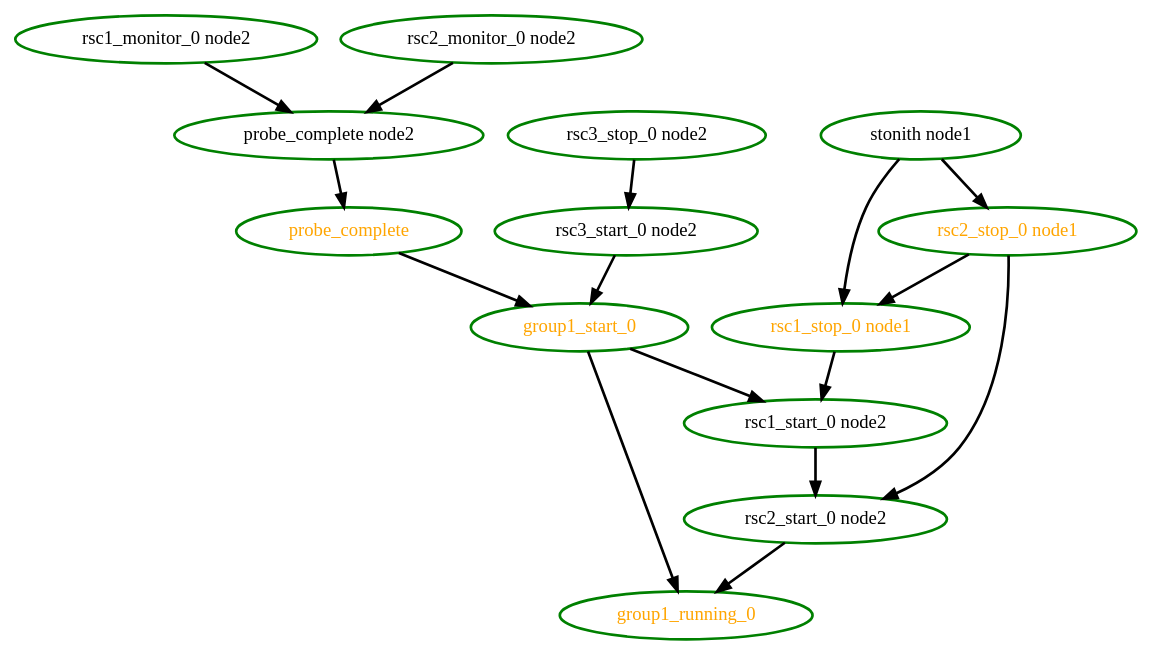
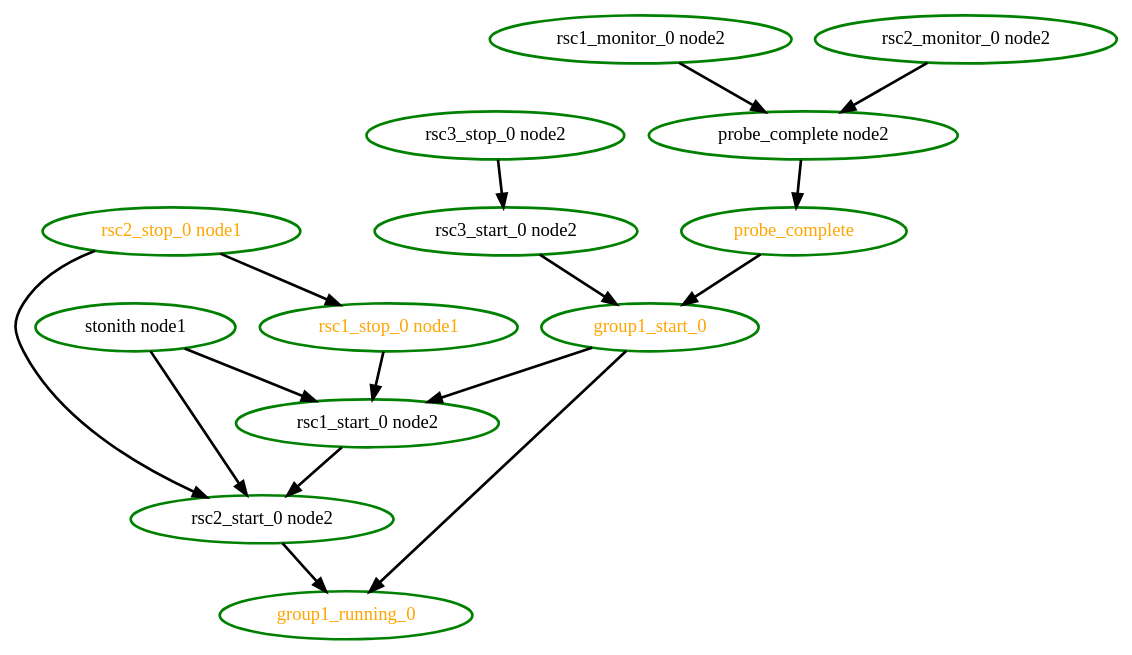
Before and after one commit to richiewen8/heartbeat: the diagram in crm/pengine/testcases/rec-node-11.dot, drawn with Graphviz. The commit also changed 19 other files, not shown here.

First line of the commit message:
STONITH events need to inputs to start events (not stops) Making them inputs to stops leaves us open to graph loops when resources   with "stop before" ordering dependancies fail (ie. groups) Graph loops prevent us from making progress

```diff
--- a/crm/pengine/testcases/rec-node-11.dot
+++ b/crm/pengine/testcases/rec-node-11.dot
@@ -1,31 +1,31 @@
 digraph "g" {
 	size = "30,30"
 "rsc1_stop_0 node1" [ style=bold color="green" fontcolor="orange" ]
 "probe_complete" [ style=bold color="green" fontcolor="orange" ]
 "probe_complete node2" [ style=bold color="green" fontcolor="black" ]
 "rsc1_monitor_0 node2" [ style=bold color="green" fontcolor="black" ]
 "rsc2_monitor_0 node2" [ style=bold color="green" fontcolor="black" ]
 "rsc1_start_0 node2" [ style=bold color="green" fontcolor="black" ]
 "rsc2_stop_0 node1" [ style=bold color="green" fontcolor="orange" ]
 "rsc2_start_0 node2" [ style=bold color="green" fontcolor="black" ]
 "group1_start_0" [ style=bold color="green" fontcolor="orange" ]
 "group1_running_0" [ style=bold color="green" fontcolor="orange" ]
 "rsc3_stop_0 node2" [ style=bold color="green" fontcolor="black" ]
 "rsc3_start_0 node2" [ style=bold color="green" fontcolor="black" ]
 "stonith node1" [ style=bold color="green" fontcolor="black" ]
 "rsc2_stop_0 node1" -> "rsc1_stop_0 node1" [ style = bold]
-"stonith node1" -> "rsc1_stop_0 node1" [ style = bold]
 "probe_complete node2" -> "probe_complete" [ style = bold]
 "rsc1_monitor_0 node2" -> "probe_complete node2" [ style = bold]
 "rsc2_monitor_0 node2" -> "probe_complete node2" [ style = bold]
 "rsc1_stop_0 node1" -> "rsc1_start_0 node2" [ style = bold]
 "group1_start_0" -> "rsc1_start_0 node2" [ style = bold]
-"stonith node1" -> "rsc2_stop_0 node1" [ style = bold]
+"stonith node1" -> "rsc1_start_0 node2" [ style = bold]
 "rsc1_start_0 node2" -> "rsc2_start_0 node2" [ style = bold]
 "rsc2_stop_0 node1" -> "rsc2_start_0 node2" [ style = bold]
+"stonith node1" -> "rsc2_start_0 node2" [ style = bold]
 "probe_complete" -> "group1_start_0" [ style = bold]
 "rsc3_start_0 node2" -> "group1_start_0" [ style = bold]
 "rsc2_start_0 node2" -> "group1_running_0" [ style = bold]
 "group1_start_0" -> "group1_running_0" [ style = bold]
 "rsc3_stop_0 node2" -> "rsc3_start_0 node2" [ style = bold]
 }
```
